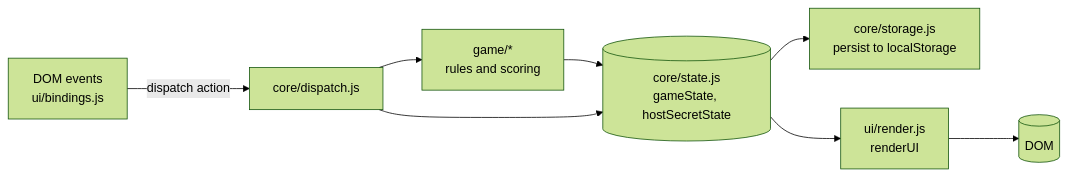
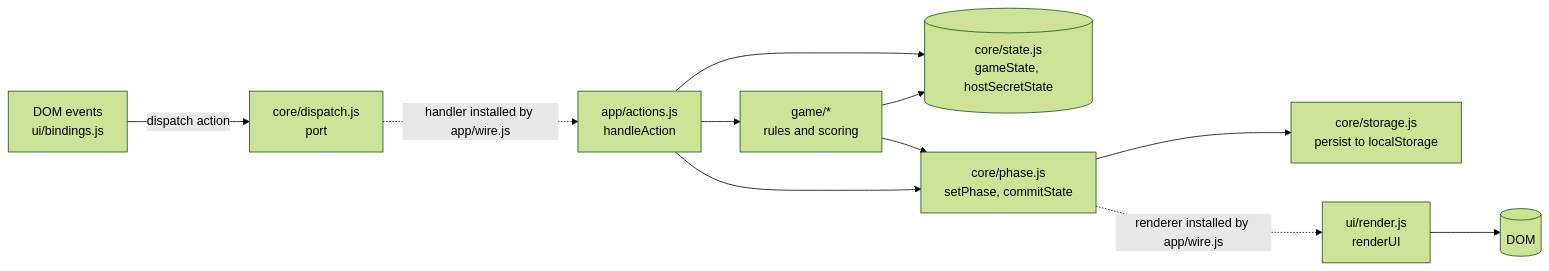
The diagram in docs/architecture.md (mahdi-barzegar-nazari/spyfall), drawn with Mermaid (forest theme) before and after one commit. The commit also changed other lines of this file and 14 other files, not shown here.

Commit message:
refactor: break core/game/ui import cycles behind a dispatch port

````diff
--- a/docs/architecture.md
+++ b/docs/architecture.md
@@ -9,10 +9,13 @@
 ```mermaid
 flowchart LR
-    UI[DOM events<br/>ui/bindings.js] -->|dispatch action| D[core/dispatch.js]
-    D --> G[game/*<br/>rules and scoring]
+    UI[DOM events<br/>ui/bindings.js] -->|dispatch action| D[core/dispatch.js<br/>port]
+    D -.->|handler installed by app/wire.js| H[app/actions.js<br/>handleAction]
+    H --> G[game/*<br/>rules and scoring]
     G --> S[(core/state.js<br/>gameState, hostSecretState)]
-    D --> S
-    S --> P[core/storage.js<br/>persist to localStorage]
-    S --> R[ui/render.js<br/>renderUI]
+    H --> S
+    H --> PH[core/phase.js<br/>setPhase, commitState]
+    G --> PH
+    PH --> P[core/storage.js<br/>persist to localStorage]
+    PH -.->|renderer installed by app/wire.js| R[ui/render.js<br/>renderUI]
     R --> DOM[(DOM)]
 ```
````
